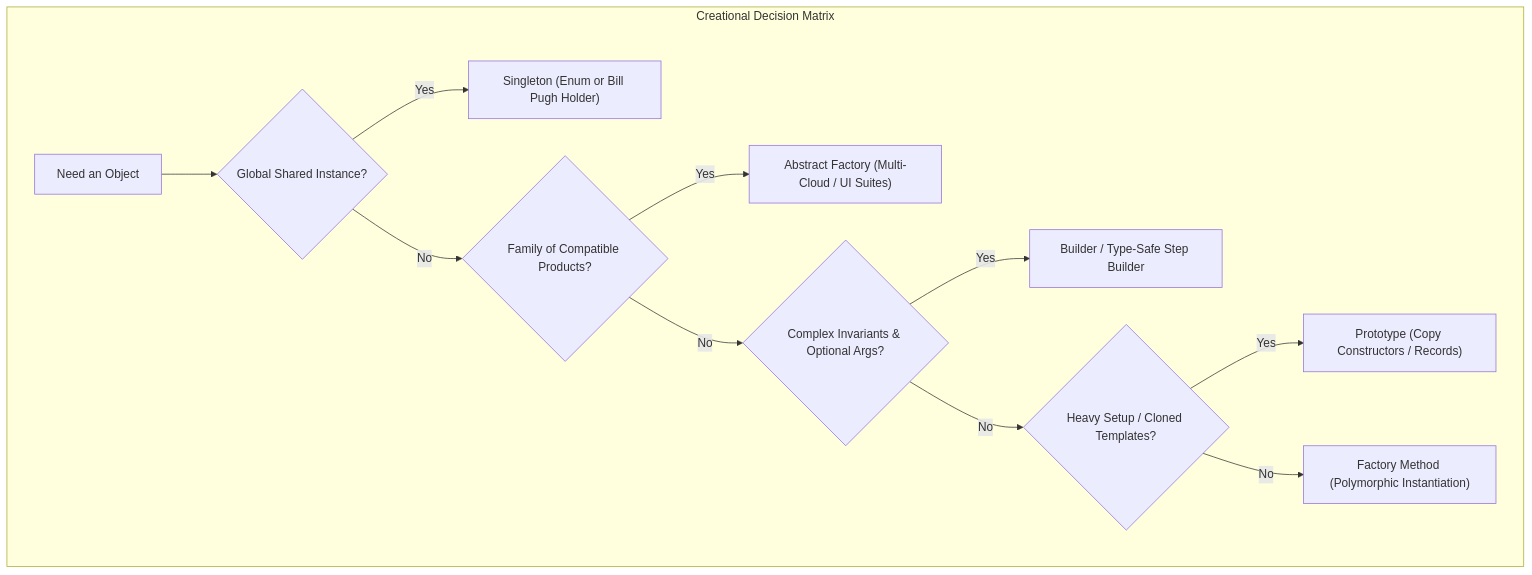
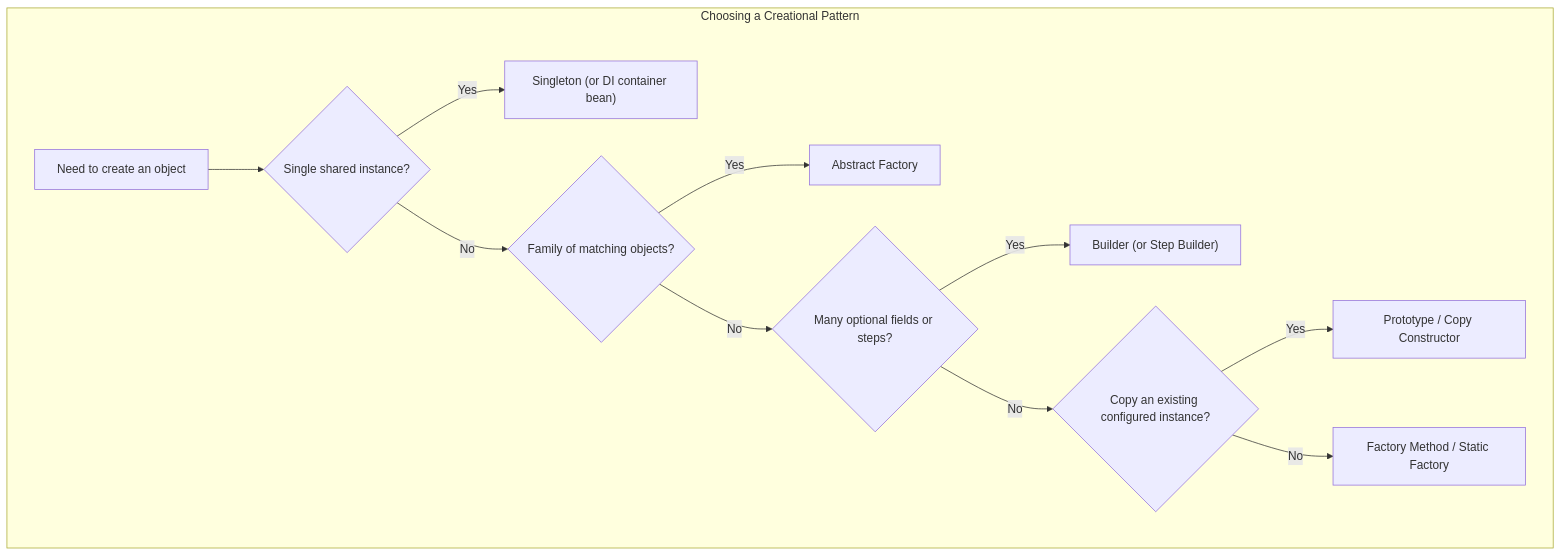
The first of 3 diagrams in content/roadmap/level-6/creational-patterns.md (ravishankar2463/java_hub), drawn with Mermaid before and after one commit. The commit also changed other lines of this file and 119 other files, not shown here.

Commit message:
feat: add comprehensive java learning roadmap content across multiple levels

````diff
--- a/content/roadmap/level-6/creational-patterns.md
+++ b/content/roadmap/level-6/creational-patterns.md
@@ -21,18 +16,14 @@
 ```mermaid
 flowchart TD
-    subgraph "Creational Decision Matrix"
-        Need["Need an Object"] --> Q1{"Global Shared Instance?"}
-        
-        Q1 -->|"Yes"| S["Singleton (Enum or Bill Pugh Holder)"]
-        Q1 -->|"No"| Q2{"Family of Compatible Products?"}
-        
-        Q2 -->|"Yes"| AF["Abstract Factory (Multi-Cloud / UI Suites)"]
-        Q2 -->|"No"| Q3{"Complex Invariants & Optional Args?"}
-        
-        Q3 -->|"Yes"| B["Builder / Type-Safe Step Builder"]
-        Q3 -->|"No"| Q4{"Heavy Setup / Cloned Templates?"}
-        
-        Q4 -->|"Yes"| P["Prototype (Copy Constructors / Records)"]
-        Q4 -->|"No"| FM["Factory Method (Polymorphic Instantiation)"]
+    subgraph "Choosing a Creational Pattern"
+        Need["Need to create an object"] --> Q1{"Single shared instance?"}
+        Q1 -->|"Yes"| S["Singleton (or DI container bean)"]
+        Q1 -->|"No"| Q2{"Family of matching objects?"}
+        Q2 -->|"Yes"| AF["Abstract Factory"]
+        Q2 -->|"No"| Q3{"Many optional fields or steps?"}
+        Q3 -->|"Yes"| B["Builder (or Step Builder)"]
+        Q3 -->|"No"| Q4{"Copy an existing configured instance?"}
+        Q4 -->|"Yes"| P["Prototype / Copy Constructor"]
+        Q4 -->|"No"| FM["Factory Method / Static Factory"]
     end
 ```
````
